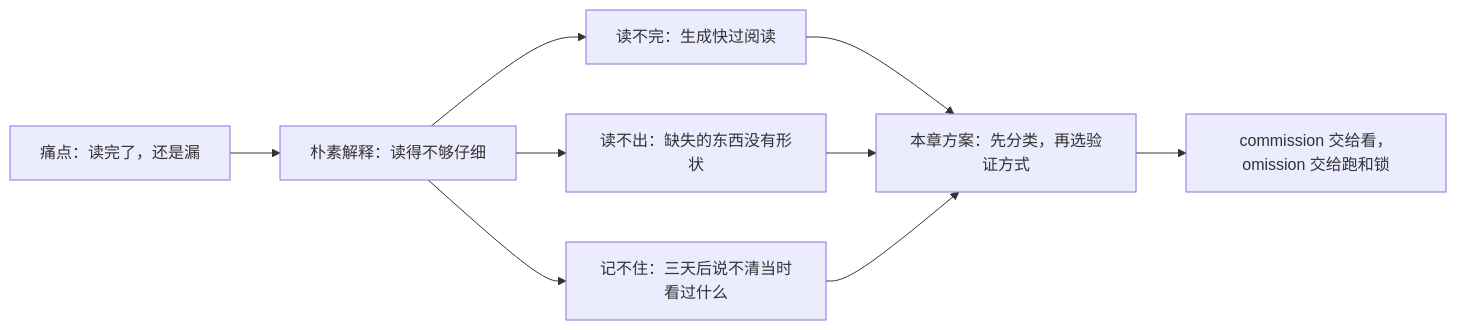
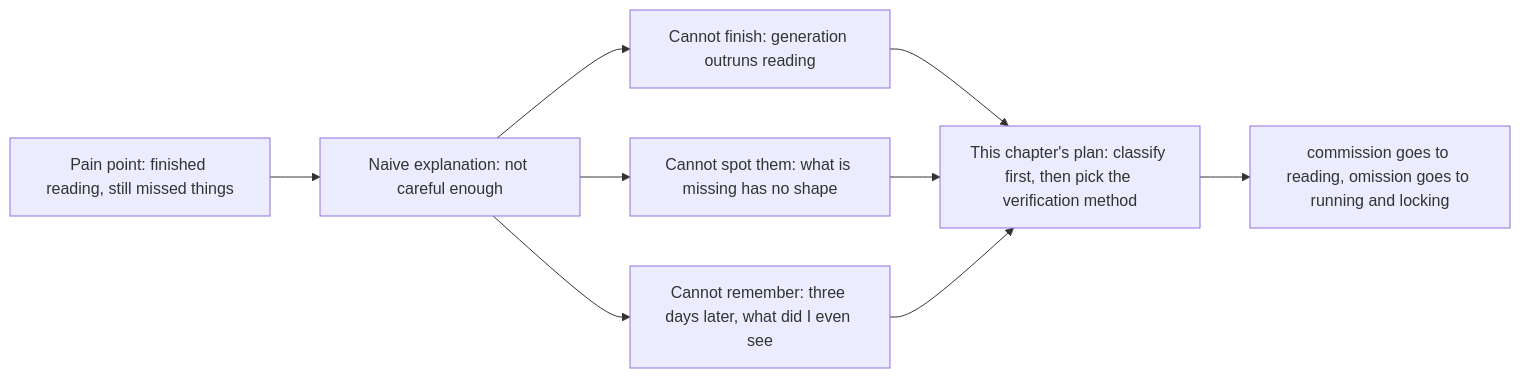
Before and after one commit to xzlxiao/vibe-coding-textbook: the first of 3 diagrams in phase3/chapters/ch02-two-kinds-of-defects.md, drawn with Mermaid. The commit also changed other lines of this file and 12 other files, not shown here.

````diff
--- a/phase3/chapters/ch02-two-kinds-of-defects.md
+++ b/phase3/chapters/ch02-two-kinds-of-defects.md
@@ -72,11 +72,11 @@
 ```mermaid
 flowchart LR
-    P["痛点：读完了，还是漏"] --> N["朴素解释：读得不够仔细"]
-    N --> F1["读不完：生成快过阅读"]
-    N --> F2["读不出：缺失的东西没有形状"]
-    N --> F3["记不住：三天后说不清当时看过什么"]
-    F1 --> S["本章方案：先分类，再选验证方式"]
+    P["Pain point: finished reading, still missed things"] --> N["Naive explanation: not careful enough"]
+    N --> F1["Cannot finish: generation outruns reading"]
+    N --> F2["Cannot spot them: what is missing has no shape"]
+    N --> F3["Cannot remember: three days later, what did I even see"]
+    F1 --> S["This chapter's plan: classify first, then pick the verification method"]
     F2 --> S
     F3 --> S
-    S --> R["commission 交给看，omission 交给跑和锁"]
+    S --> R["commission goes to reading, omission goes to running and locking"]
 ```
````
